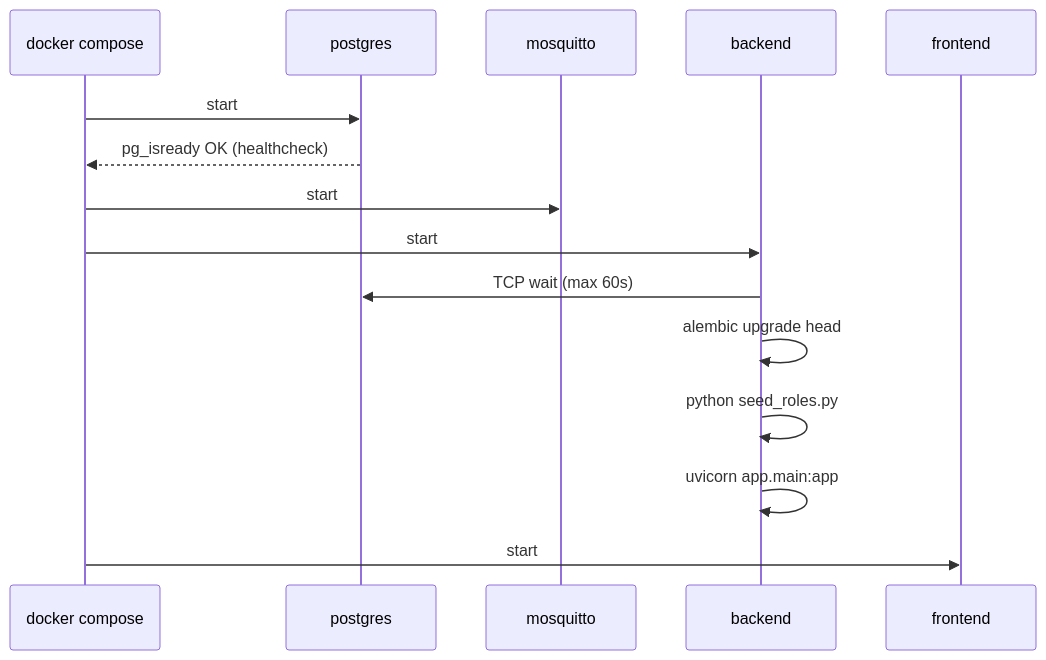
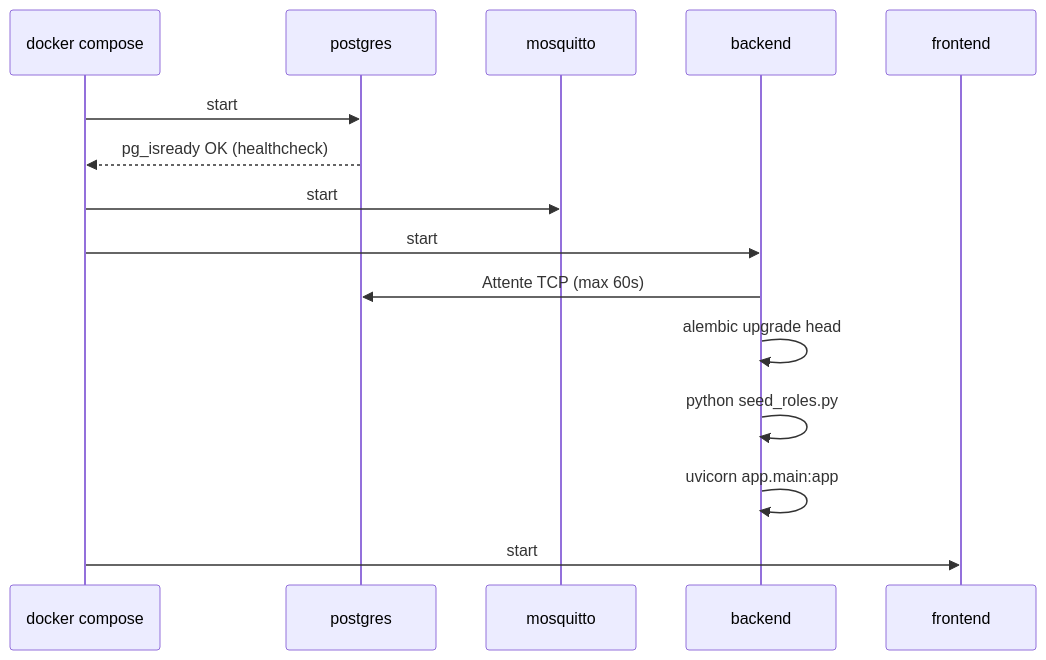
One commit to t4lhawi/MedAssist-AI changed the first of 2 diagrams in docs/deployment.md. Above: the diagram before and after it, drawn with Mermaid. The commit also changed other lines of this file and 9 other files, not shown here.

````diff
--- a/docs/deployment.md
+++ b/docs/deployment.md
@@ -173,18 +173,18 @@
 ```mermaid
 sequenceDiagram
   participant DC as docker compose
   participant PG as postgres
   participant MQ as mosquitto
   participant BE as backend
   participant FE as frontend
 
   DC->>PG: start
   PG-->>DC: pg_isready OK (healthcheck)
   DC->>MQ: start
   DC->>BE: start
-  BE->>PG: TCP wait (max 60s)
+  BE->>PG: Attente TCP (max 60s)
   BE->>BE: alembic upgrade head
   BE->>BE: python seed_roles.py
   BE->>BE: uvicorn app.main:app
   DC->>FE: start
 ```
````
